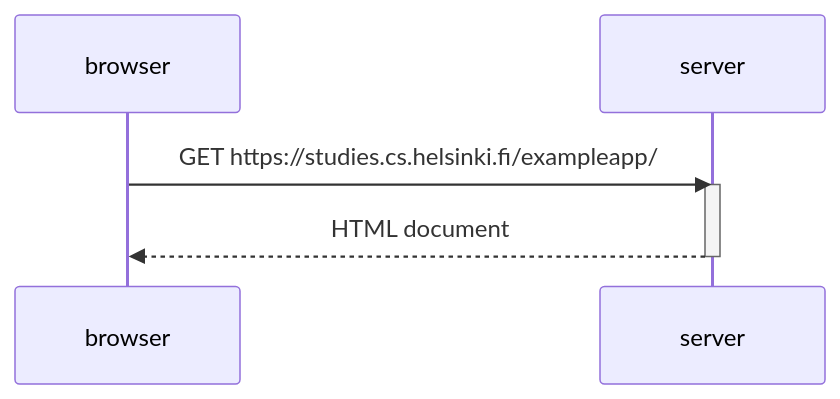
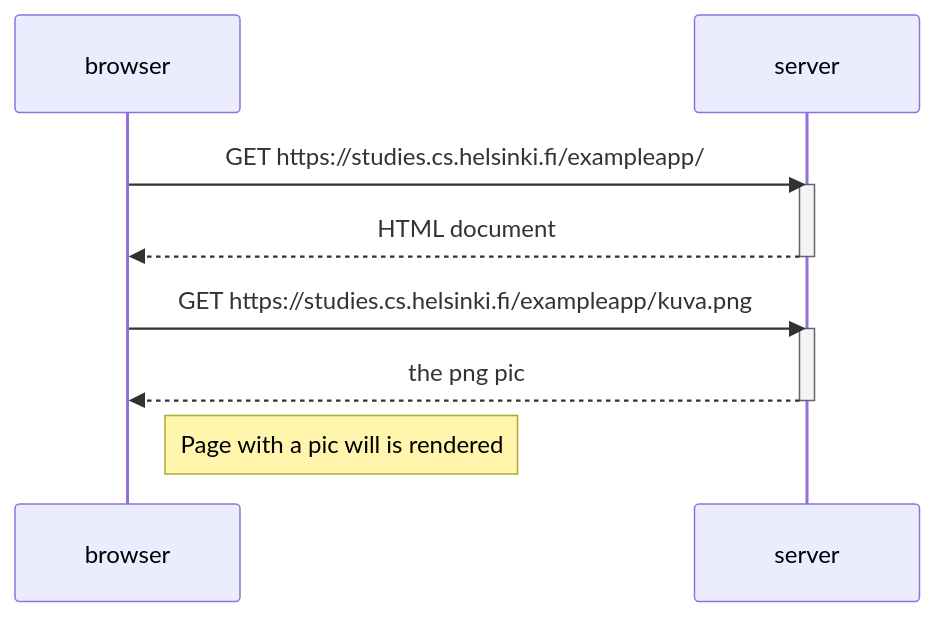
The diagram in README.md (mluukkai/fly-test), drawn with Mermaid before and after one commit. The commit also changed other lines of this file, not shown here.

````diff
--- a/README.md
+++ b/README.md
@@ -3,9 +5,14 @@
 ```mermaid
 sequenceDiagram
     participant browser
     participant server
     browser->>server: GET https://studies.cs.helsinki.fi/exampleapp/
     activate server
     server-->>browser: HTML document
     deactivate server
+    browser->>server: GET https://studies.cs.helsinki.fi/exampleapp/kuva.png
+    activate server
+    server-->>browser: the png pic
+    deactivate server
+    Note right of browser: Page with a pic will is rendered
 ```
````
